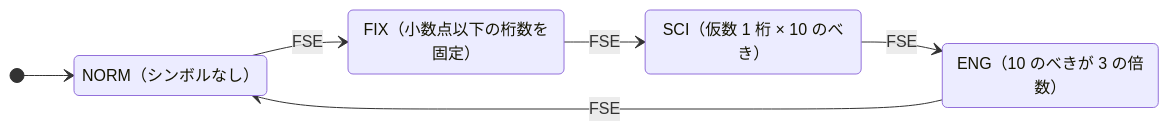
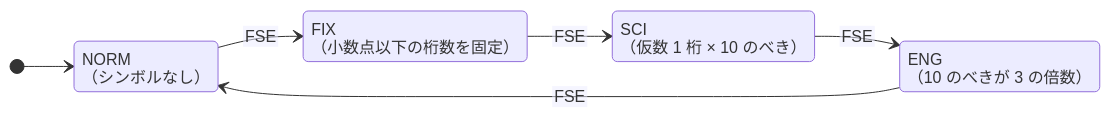
The second of 2 diagrams in docs/handbook/05_CAL.md (litchi-gh/pc-e500_tools), drawn with Mermaid before and after one commit. The commit also changed other lines of this file and 74 other files, not shown here.

First line of the commit message:
Docs: draw Mermaid labels as SVG text so GitHub does not cut them

````diff
--- a/docs/handbook/05_CAL.md
+++ b/docs/handbook/05_CAL.md
@@ -154,13 +155,14 @@
 ```mermaid
+%%{init: {"htmlLabels": false, "flowchart": {"htmlLabels": false, "wrappingWidth": 1000}}}%%
 stateDiagram-v2
   direction LR
-  NORM: NORM（シンボルなし）
-  FIX: FIX（小数点以下の桁数を固定）
-  SCI: SCI（仮数 1 桁 × 10 のべき）
-  ENG: ENG（10 のべきが 3 の倍数）
+  NORM: NORM<br>（シンボルなし）
+  FIX: FIX<br>（小数点以下の桁数を固定）
+  SCI: SCI<br>（仮数 1 桁 × 10 のべき）
+  ENG: ENG<br>（10 のべきが 3 の倍数）
   [*] --> NORM
   NORM --> FIX: FSE
   FIX --> SCI: FSE
   SCI --> ENG: FSE
   ENG --> NORM: FSE
 ```
````
